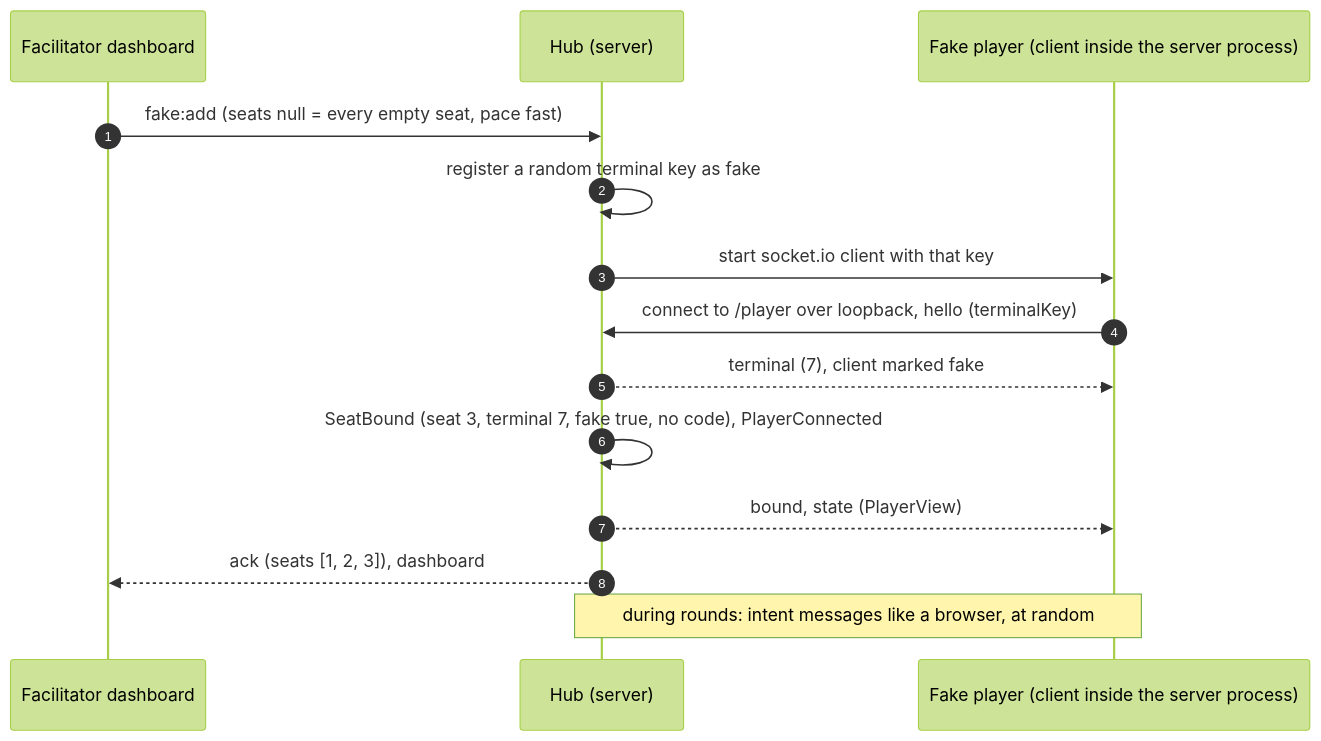
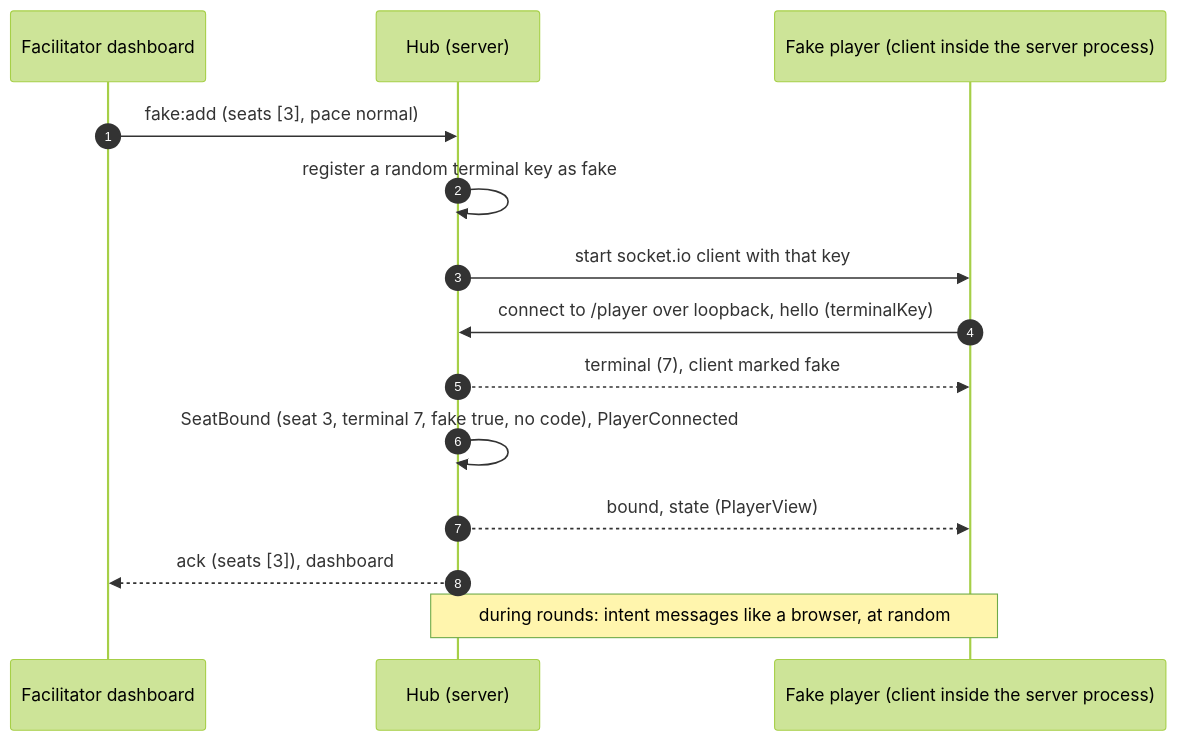
One commit to xy-zak/WhoKnowsWhoActs changed the fourth of 9 diagrams in docs/NETWORKING.md. Above: the diagram before and after it, drawn with Mermaid (forest theme). The commit also changed other lines of this file and 21 other files, not shown here.

First line of the commit message:
Docs: session startup flow (welcome page, eleven setup steps, consent sections, mic check hold until the briefing, calibration readiness); change logs

````diff
--- a/docs/NETWORKING.md
+++ b/docs/NETWORKING.md
@@ -148,16 +182,16 @@
 ```mermaid
 sequenceDiagram
   autonumber
   participant F as Facilitator dashboard
   participant H as Hub (server)
   participant FP as Fake player (client inside the server process)
-  F->>H: fake:add (seats null = every empty seat, pace fast)
+  F->>H: fake:add (seats [3], pace normal)
   H->>H: register a random terminal key as fake
   H->>FP: start socket.io client with that key
   FP->>H: connect to /player over loopback, hello (terminalKey)
   H-->>FP: terminal (7), client marked fake
   H->>H: SeatBound (seat 3, terminal 7, fake true, no code), PlayerConnected
   H-->>FP: bound, state (PlayerView)
-  H-->>F: ack (seats [1, 2, 3]), dashboard
+  H-->>F: ack (seats [3]), dashboard
   Note over FP,H: during rounds: intent messages like a browser, at random
 ```
````
